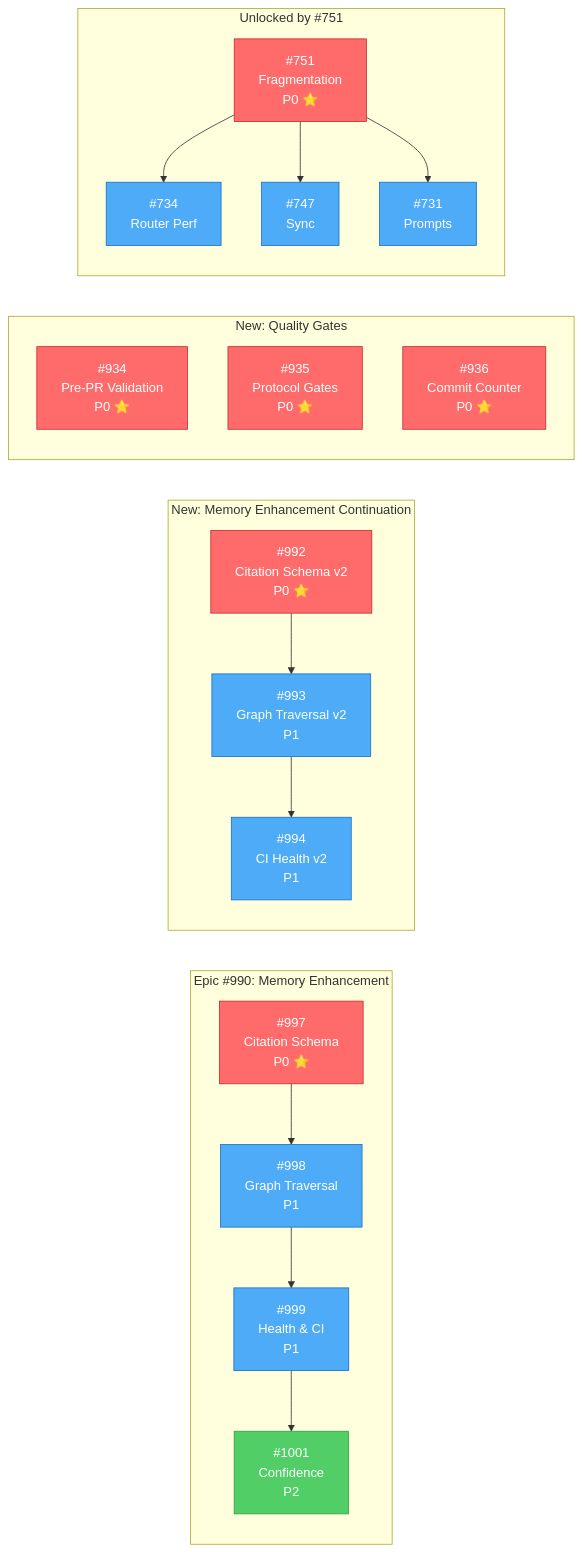
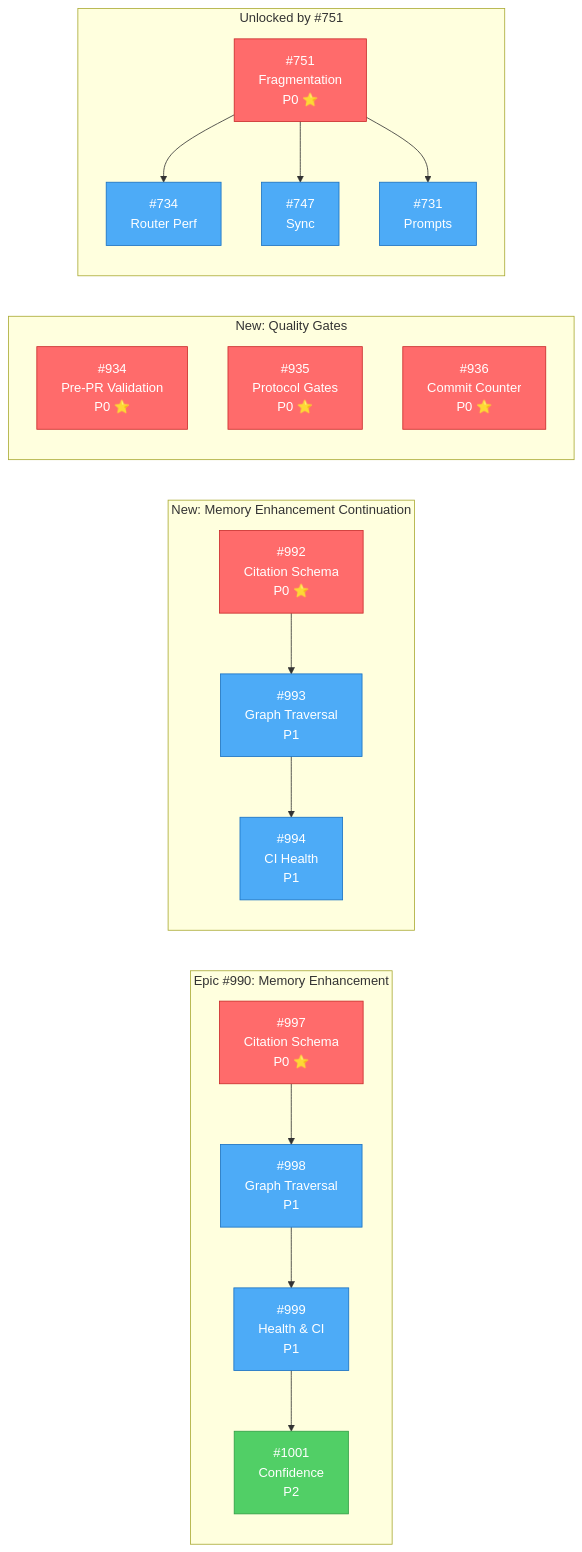
Before and after one commit to rjmurillo/ai-agents: the first of 5 diagrams in .agents/planning/v0.3.0/PLAN.md, drawn with Mermaid. The commit also changed 3 other files, not shown here.

````diff
--- a/.agents/planning/v0.3.0/PLAN.md
+++ b/.agents/planning/v0.3.0/PLAN.md
@@ -131,33 +131,33 @@
 ```mermaid
 flowchart LR
     subgraph Epic #990: Memory Enhancement
         A[#997<br/>Citation Schema<br/>P0 ⭐] --> B[#998<br/>Graph Traversal<br/>P1]
         B --> C[#999<br/>Health & CI<br/>P1]
         C --> D[#1001<br/>Confidence<br/>P2]
     end
 
     subgraph New: Memory Enhancement Continuation
-        E[#992<br/>Citation Schema v2<br/>P0 ⭐] --> F[#993<br/>Graph Traversal v2<br/>P1]
-        F --> G[#994<br/>CI Health v2<br/>P1]
+        E[#992<br/>Citation Schema<br/>P0 ⭐] --> F[#993<br/>Graph Traversal<br/>P1]
+        F --> G[#994<br/>CI Health<br/>P1]
     end
 
     subgraph New: Quality Gates
         H[#934<br/>Pre-PR Validation<br/>P0 ⭐]
         I[#935<br/>Protocol Gates<br/>P0 ⭐]
         J[#936<br/>Commit Counter<br/>P0 ⭐]
     end
 
     subgraph Unlocked by #751
         K[#751<br/>Fragmentation<br/>P0 ⭐] --> L[#734<br/>Router Perf]
         K --> M[#747<br/>Sync]
         K --> N[#731<br/>Prompts]
     end
 
     classDef p0 fill:#ff6b6b,stroke:#c92a2a,color:#fff
     classDef p1 fill:#4dabf7,stroke:#1971c2,color:#fff
     classDef p2 fill:#51cf66,stroke:#2f9e44,color:#fff
 
     class A,K,E,H,I,J p0
     class B,C,L,M,N,F,G p1
     class D p2
 ```
````
